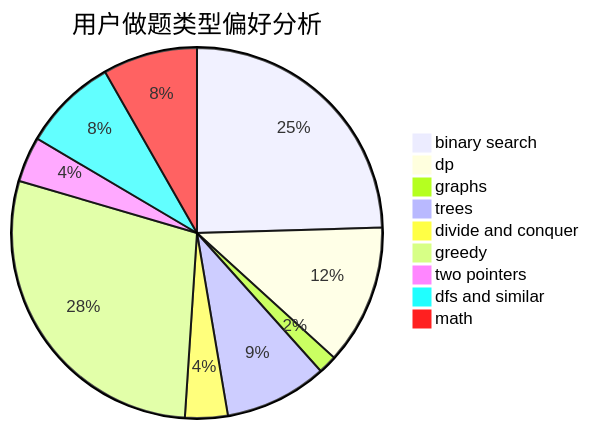
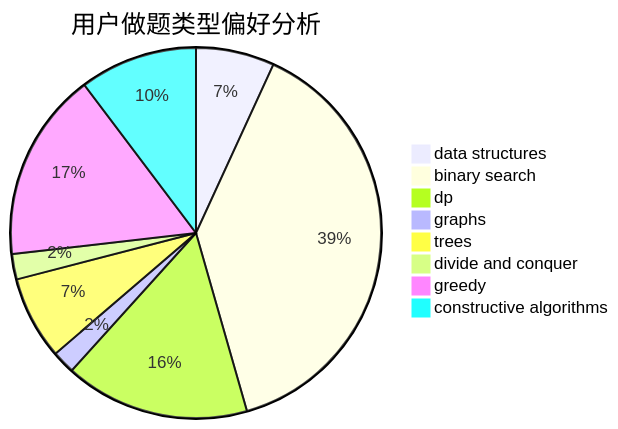
The second of 3 diagrams in docs/user/u1811.md (sherpahu/cfrs.github.io), drawn with Mermaid before and after one commit. The commit also changed other lines of this file and 2775 other files, not shown here.

````diff
--- a/docs/user/u1811.md
+++ b/docs/user/u1811.md
@@ -23,12 +23,11 @@
 ```mermaid
 pie title 用户做题类型偏好分析
-    "binary search" :  211
-    "dp" :  105
-    "graphs" :  14
-    "trees" :  77
-    "divide and conquer" :  32
-    "greedy" :  245
-    "two pointers" :  34
-    "dfs and similar" :  71
-    "math" :  71
+    "data structures" :  34
+    "binary search" :  192
+    "dp" :  80
+    "graphs" :  10
+    "trees" :  36
+    "divide and conquer" :  11
+    "greedy" :  82
+    "constructive algorithms" :  51
 ```
````
